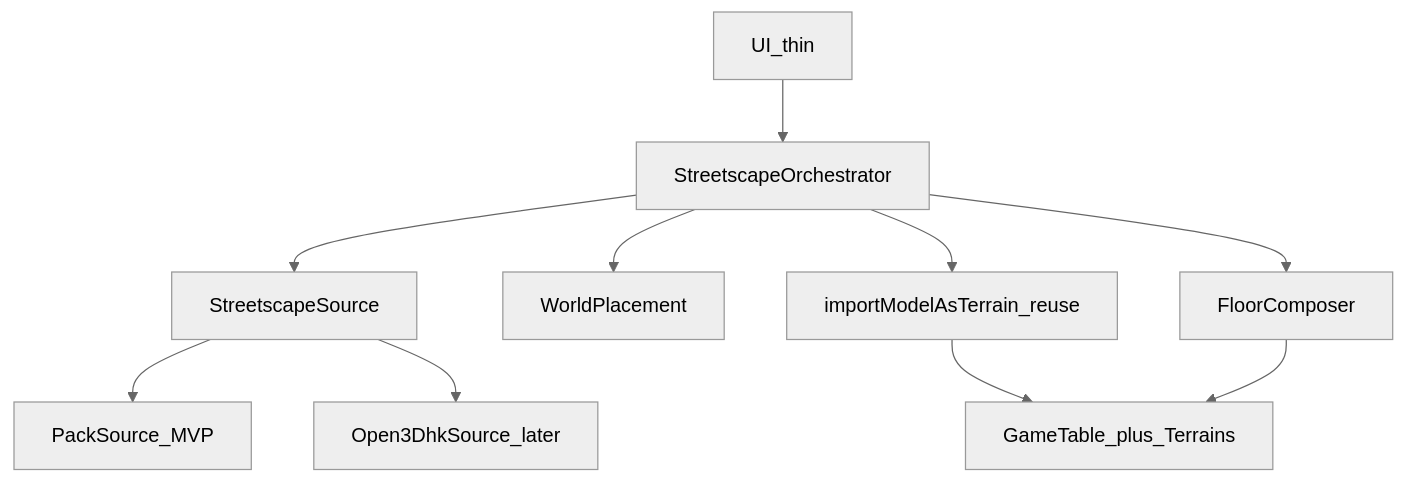
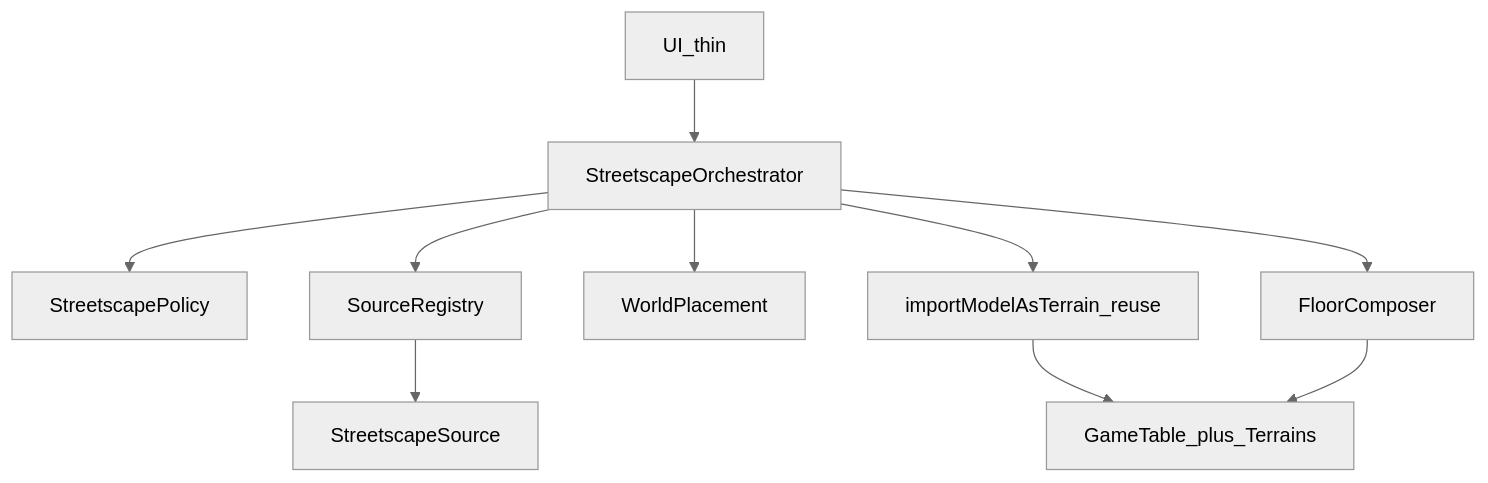
The second of 3 diagrams in docs/research/open3dhk-streetscape-2_5d.md (hktrpg/UdonariumWithFly), drawn with Mermaid (neutral theme) before and after one commit. The commit also changed other lines of this file, not shown here.

First line of the commit message:
docs: drive streetscape limits via Policy instead of hardcode

````diff
--- a/docs/research/open3dhk-streetscape-2_5d.md
+++ b/docs/research/open3dhk-streetscape-2_5d.md
@@ -97,12 +101,12 @@
 ```mermaid
 flowchart TB
   ui[UI_thin] --> orch[StreetscapeOrchestrator]
-  orch --> src[StreetscapeSource]
-  src --> packA[PackSource_MVP]
-  src --> packB[Open3DhkSource_later]
+  orch --> policy[StreetscapePolicy]
+  orch --> registry[SourceRegistry]
+  registry --> src[StreetscapeSource]
   orch --> place[WorldPlacement]
   orch --> bake[importModelAsTerrain_reuse]
   orch --> floor[FloorComposer]
   bake --> table[GameTable_plus_Terrains]
   floor --> table
 ```
````
